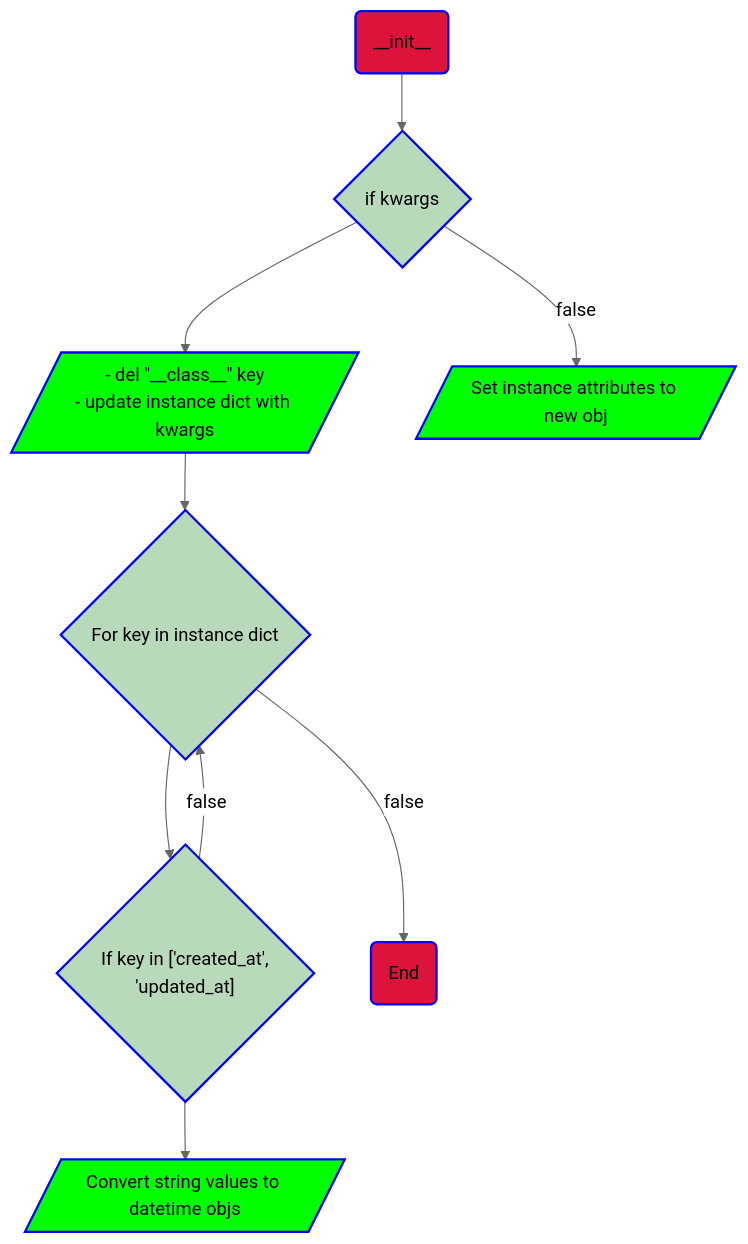
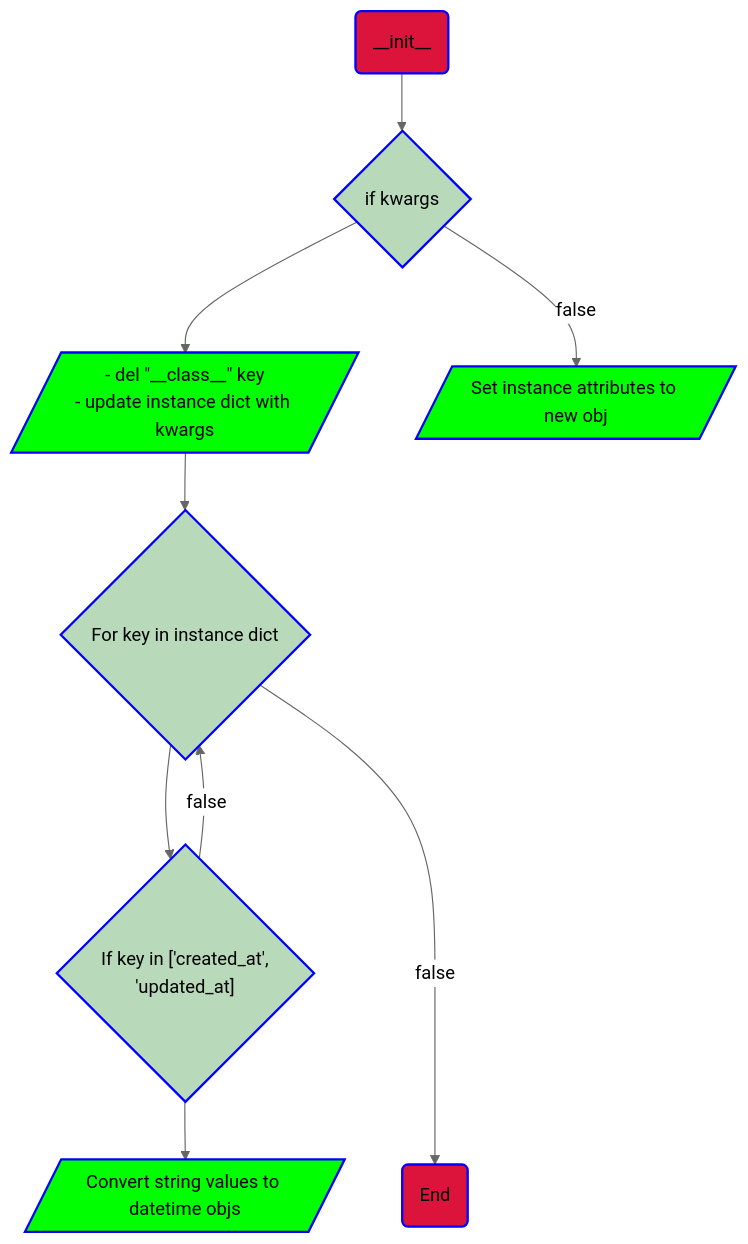
The third of 4 diagrams in README.md (KevinYeff/repaso-AirBnB_clone-solo-), drawn with Mermaid before and after one commit. The commit also changed other lines of this file, not shown here.

````diff
--- a/README.md
+++ b/README.md
@@ -128,28 +128,28 @@
 ```mermaid
 flowchart TD;
   Start(__init__)-->Condition{if kwargs}
   Condition-->Action[/- del "__class__" key<br>- update instance dict with kwargs/]
   Action-->Loop{For key in instance dict}-->Condition2{"If key in ['created_at',<br> 'updated_at]"}
   Condition2-->Action2[/Convert string values to datetime objs/]
   Condition--false-->Else[/Set instance attributes to new obj/]
   Condition2--false-->Loop
-  Loop--false-->End(End)
+  Loop--false--->End(End)
 
 style Start fill:crimson,stroke:blue,stroke-width:2px
 %%style Declare stroke:blue,stroke-width:2px
 style Loop fill:#b8daba,stroke:blue,stroke-width:2px
 %%style Loop2 fill:#b8daba,stroke:blue,stroke-width:2px%
 %%style Loop3 fill:#b8daba,stroke:blue,stroke-width:2px
 style Condition fill:#b8daba,stroke:blue,stroke-width:2px
 style Condition2 fill:#b8daba,stroke:blue,stroke-width:2px
 style End fill:crimson,stroke:blue,stroke-width:2px
 style Action fill:#00ff00,stroke:blue,stroke-width:2px
 style Else fill:#00ff00,stroke:blue,stroke-width:2px
 style Action2 fill:#00ff00,stroke:blue,stroke-width:2px
 %%style Increment stroke:blue,stroke-width:2px
 %%style Increment2 stroke:blue,stroke-width:2px
 
 %%{init:{
     'theme': 'neutral'
 }}%%
 ```
````
